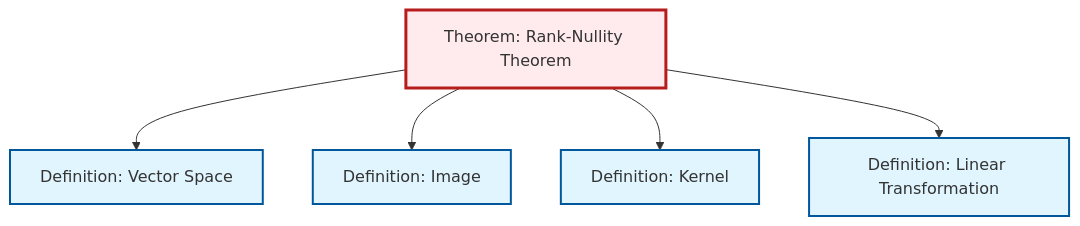
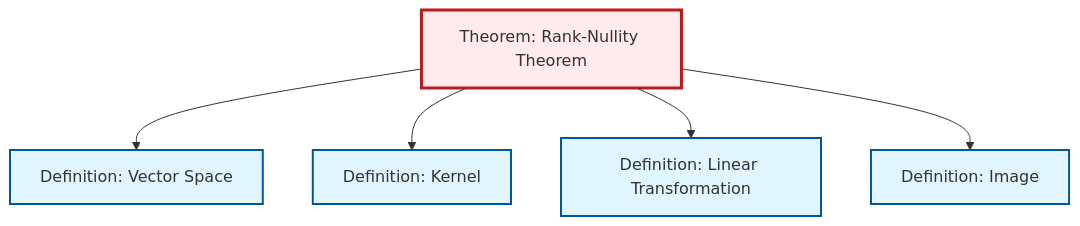
The diagram in content/ja/algebra/thm-rank-nullity.qmd (RK0429/ModernMath), drawn with Mermaid before and after one commit. The commit also changed other lines of this file and 530 other files, not shown here.

````diff
--- a/content/ja/algebra/thm-rank-nullity.qmd
+++ b/content/ja/algebra/thm-rank-nullity.qmd
@@ -56,23 +56,23 @@
 ```{mermaid}
 %%| fig-cap: "Local dependency graph"
 graph TD
     classDef definition fill:#e1f5fe,stroke:#01579b,stroke-width:2px
     classDef theorem fill:#f3e5f5,stroke:#4a148c,stroke-width:2px
     classDef axiom fill:#fff3e0,stroke:#e65100,stroke-width:2px
     classDef example fill:#e8f5e9,stroke:#1b5e20,stroke-width:2px
     classDef current fill:#ffebee,stroke:#b71c1c,stroke-width:3px
+    thm-rank-nullity["Theorem: Rank-Nullity Theorem"]:::theorem
+    def-kernel["Definition: Kernel"]:::definition
+    def-image["Definition: Image"]:::definition
+    def-vector-space["Definition: Vector Space"]:::definition
     def-linear-transformation["Definition: Linear Transformation"]:::definition
-    def-vector-space["Definition: Vector Space"]:::definition
-    thm-rank-nullity["Theorem: Rank-Nullity Theorem"]:::theorem
-    def-image["Definition: Image"]:::definition
-    def-kernel["Definition: Kernel"]:::definition
     thm-rank-nullity --> def-vector-space
-    thm-rank-nullity --> def-image
     thm-rank-nullity --> def-kernel
     thm-rank-nullity --> def-linear-transformation
+    thm-rank-nullity --> def-image
     class thm-rank-nullity current
+    click def-kernel "def-kernel.html" "Definition: Kernelへ"
+    click def-image "def-image.html" "Definition: Imageへ"
+    click def-vector-space "def-vector-space.html" "Definition: Vector Spaceへ"
     click def-linear-transformation "def-linear-transformation.html" "Definition: Linear Transformationへ"
-    click def-vector-space "def-vector-space.html" "Definition: Vector Spaceへ"
-    click def-image "def-image.html" "Definition: Imageへ"
-    click def-kernel "def-kernel.html" "Definition: Kernelへ"
 ```
````
